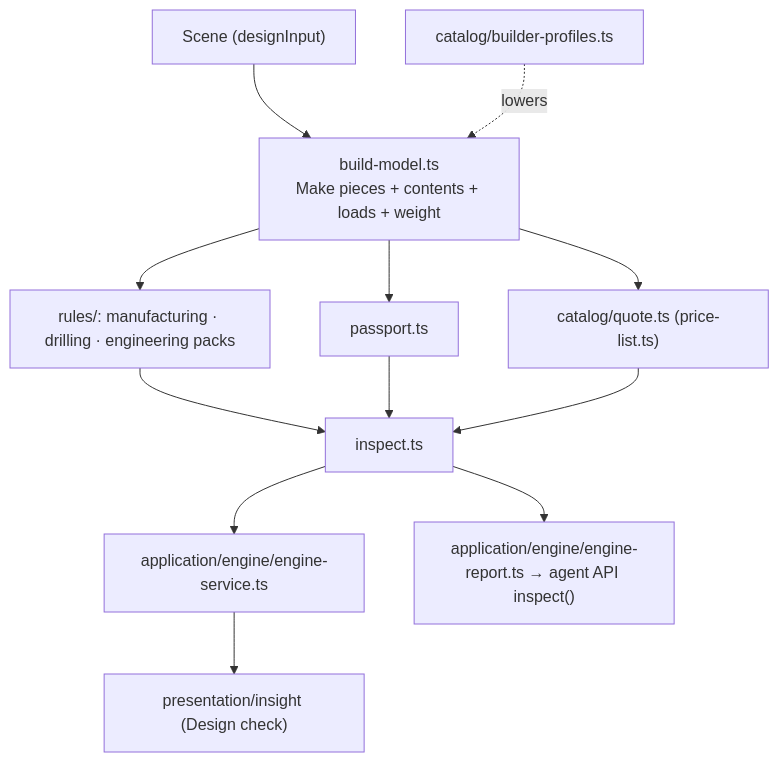
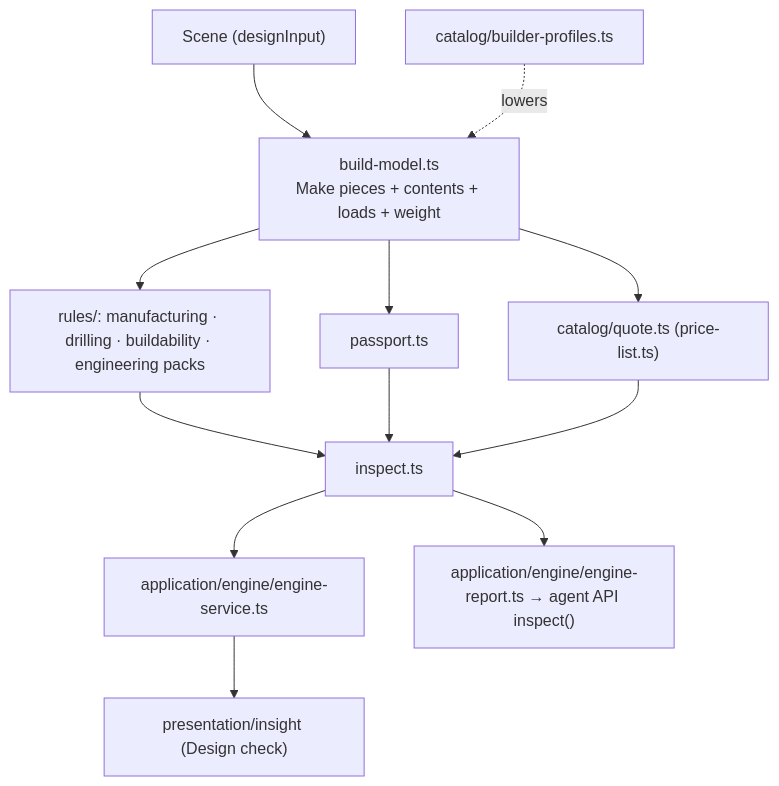
The diagram in docs/engine.md (alimutlu55/awesomefurniture), drawn with Mermaid before and after one commit. The commit also changed other lines of this file and 8 other files, not shown here.

````diff
--- a/docs/engine.md
+++ b/docs/engine.md
@@ -8,14 +8,14 @@
 ```mermaid
 flowchart TD
   Scene["Scene (designInput)"] --> BM["build-model.ts<br/>Make pieces + contents + loads + weight"]
   Profile["catalog/builder-profiles.ts"] -. lowers .-> BM
-  BM --> Rules["rules/: manufacturing · drilling · engineering packs"]
+  BM --> Rules["rules/: manufacturing · drilling · buildability · engineering packs"]
   BM --> Passport["passport.ts"]
   BM --> Quote["catalog/quote.ts (price-list.ts)"]
   Rules --> Inspect["inspect.ts"]
   Passport --> Inspect
   Quote --> Inspect
   Inspect --> Service["application/engine/engine-service.ts"]
   Service --> Panel["presentation/insight (Design check)"]
   Inspect --> Report["application/engine/engine-report.ts → agent API inspect()"]
 ```
````
